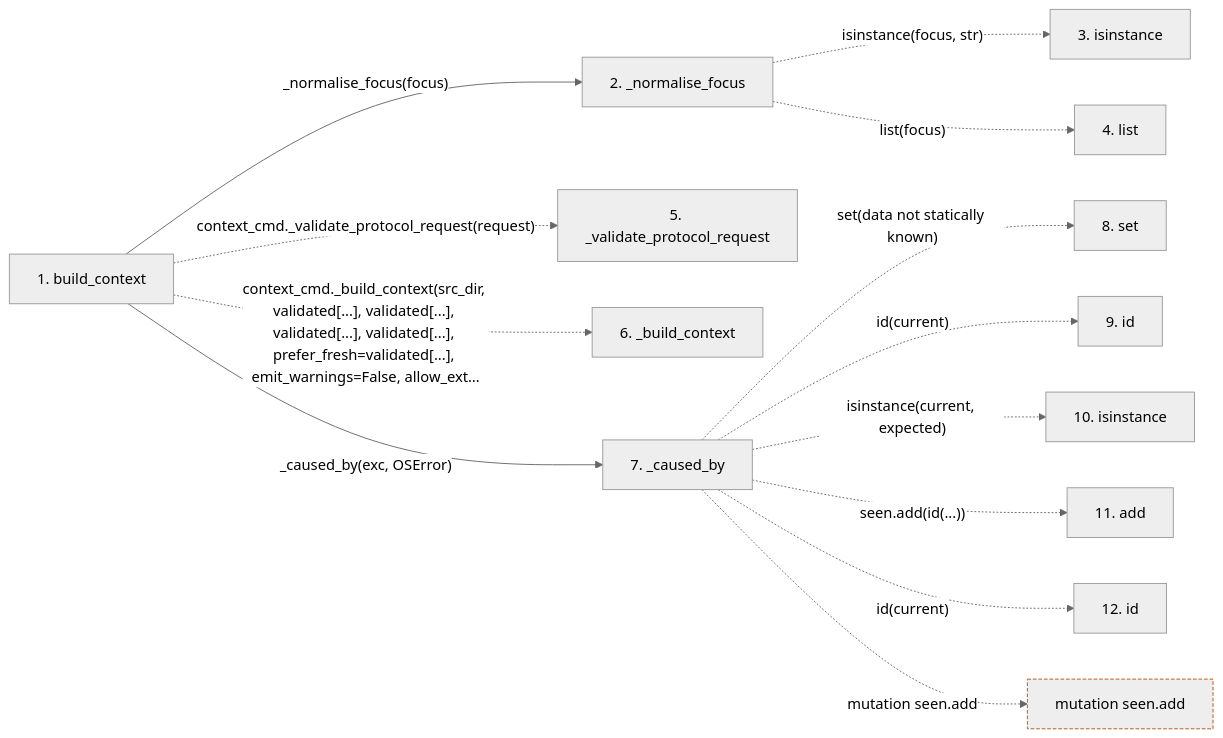
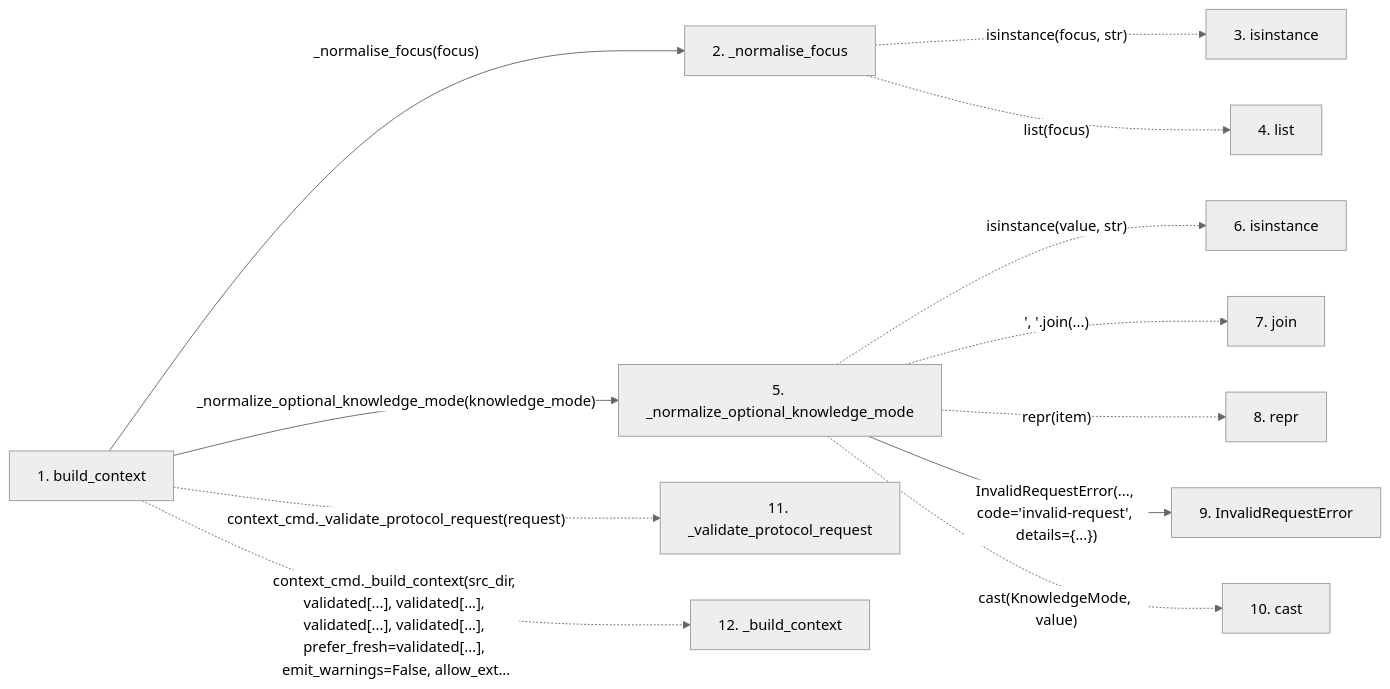
Before and after one commit to Denissvgn/python-wiki-llm: the second of 2 diagrams in docs/llm_wiki/flows/api-build_context.md, drawn with Mermaid (neutral theme). The commit also changed other lines of this file and 364 other files, not shown here.

````diff
--- a/docs/llm_wiki/flows/api-build_context.md
+++ b/docs/llm_wiki/flows/api-build_context.md
@@ -59,33 +71,30 @@
 ```mermaid
 flowchart LR
     s1["1. build_context"]
     s2["2. _normalise_focus"]
     s3["3. isinstance"]
     s4["4. list"]
-    s5["5. _validate_protocol_request"]
-    s6["6. _build_context"]
-    s7["7. _caused_by"]
-    s8["8. set"]
-    s9["9. id"]
-    s10["10. isinstance"]
-    s11["11. add"]
-    s12["12. id"]
+    s5["5. _normalize_optional_knowledge_mode"]
+    s6["6. isinstance"]
+    s7["7. join"]
+    s8["8. repr"]
+    s9["9. InvalidRequestError"]
+    s10["10. cast"]
+    s11["11. _validate_protocol_request"]
+    s12["12. _build_context"]
     s1 -->|"_normalise_focus(focus)"| s2
     s2 -. "isinstance(focus, str)" .-> s3
     s2 -. "list(focus)" .-> s4
-    s1 -. "context_cmd._validate_protocol_request(request)" .-> s5
-    s1 -. "context_cmd._build_context(src_dir, validated[...], validated[...], validated[...], validated[...], prefer_fresh=validated[...], emit_warnings=False, allow_ext…" .-> s6
-    s1 -->|"_caused_by(exc, OSError)"| s7
-    s7 -. "set(data not statically known)" .-> s8
-    s7 -. "id(current)" .-> s9
-    s7 -. "isinstance(current, expected)" .-> s10
-    s7 -. "seen.add(id(...))" .-> s11
-    s7 -. "id(current)" .-> s12
-    b0["mutation seen.add"]
-    s7 -. "mutation seen.add" .-> b0
+    s1 -->|"_normalize_optional_knowledge_mode(knowledge_mode)"| s5
+    s5 -. "isinstance(value, str)" .-> s6
+    s5 -. "', '.join(...)" .-> s7
+    s5 -. "repr(item)" .-> s8
+    s5 -->|"InvalidRequestError(..., code='invalid-request', details={...})"| s9
+    s5 -. "cast(KnowledgeMode, value)" .-> s10
+    s1 -. "context_cmd._validate_protocol_request(request)" .-> s11
+    s1 -. "context_cmd._build_context(src_dir, validated[...], validated[...], validated[...], validated[...], prefer_fresh=validated[...], emit_warnings=False, allow_ext…" .-> s12
     click s1 "../modules/api.md"
     click s2 "../modules/api.md"
-    click s7 "../modules/api.md"
-    classDef boundary stroke:#b45309,stroke-dasharray: 4 2
-    class b0 boundary
+    click s5 "../modules/api.md"
+    click s9 "../modules/api.md"
 ```
````
